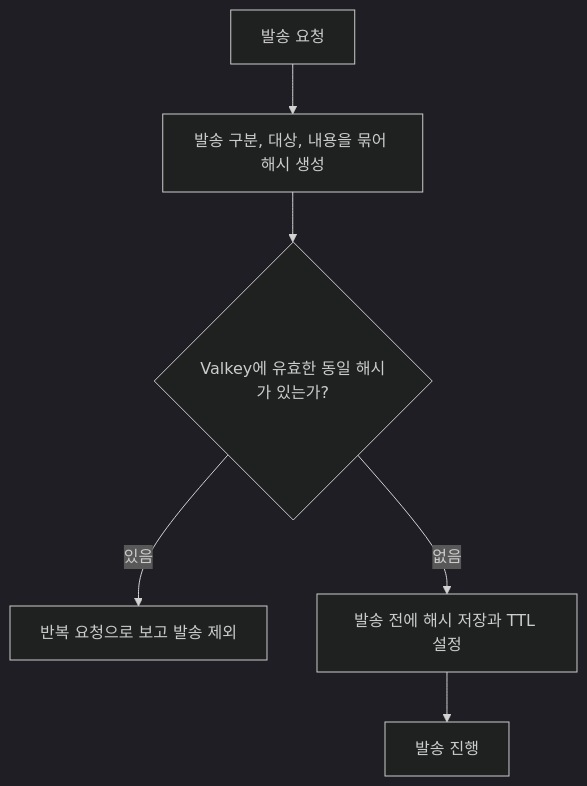
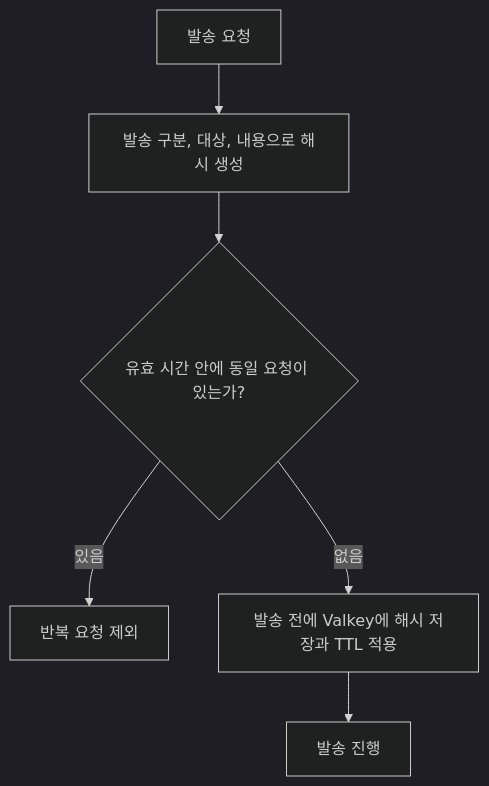
One commit to KimHG1995/work-history changed the first of 2 diagrams in projects/education-services/notifications.md. Above: the diagram before and after it, drawn with Mermaid (dark theme). The commit also changed other lines of this file, not shown here.

````diff
--- a/projects/education-services/notifications.md
+++ b/projects/education-services/notifications.md
@@ -68,8 +76,8 @@
 ```mermaid
 flowchart TD
-    request["발송 요청"] --> hash["발송 구분, 대상, 내용을 묶어 해시 생성"]
-    hash --> check{"Valkey에 유효한 동일 해시가 있는가?"}
-    check -->|있음| skip["반복 요청으로 보고 발송 제외"]
-    check -->|없음| save["발송 전에 해시 저장과 TTL 설정"]
+    request["발송 요청"] --> hash["발송 구분, 대상, 내용으로 해시 생성"]
+    hash --> check{"유효 시간 안에 동일 요청이 있는가?"}
+    check -->|있음| skip["반복 요청 제외"]
+    check -->|없음| save["발송 전에 Valkey에 해시 저장과 TTL 적용"]
     save --> send["발송 진행"]
 ```
````
